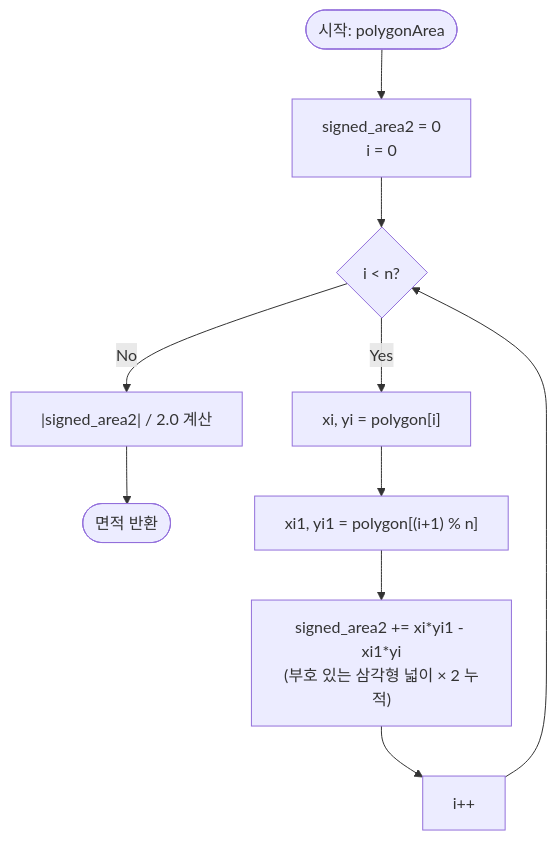
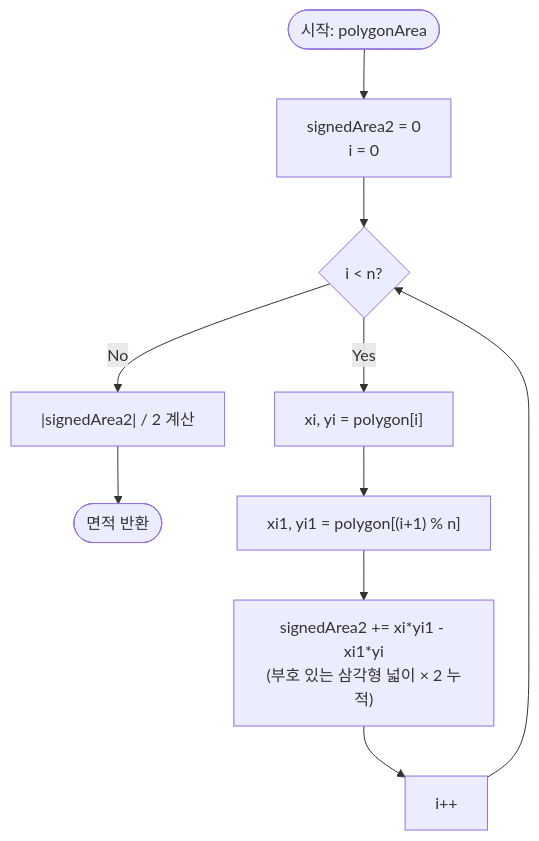
One commit to centurio1987/grow-up-programming changed the diagram in src/algorithms/geometry/polygonArea/polygonArea-guide.mdx. Above: the diagram before and after it, drawn with Mermaid. The commit also changed other lines of this file and 14 other files, not shown here.

````diff
--- a/src/algorithms/geometry/polygonArea/polygonArea-guide.mdx
+++ b/src/algorithms/geometry/polygonArea/polygonArea-guide.mdx
@@ -221,12 +229,12 @@
 ```mermaid
 flowchart TD
-    A([시작: polygonArea]) --> B["signed_area2 = 0\ni = 0"]
-    B --> C{i < n?}
-    C -->|No| D["|signed_area2| / 2.0 계산"]
+    A([시작: polygonArea]) --> B["signedArea2 = 0<br/>i = 0"]
+    B --> C{"i < n?"}
+    C -->|No| D["|signedArea2| / 2 계산"]
     D --> E([면적 반환])
     C -->|Yes| F["xi, yi = polygon[i]"]
     F --> G["xi1, yi1 = polygon[(i+1) % n]"]
-    G --> H["signed_area2 += xi*yi1 - xi1*yi\n(부호 있는 삼각형 넓이 × 2 누적)"]
-    H --> I[i++]
+    G --> H["signedArea2 += xi*yi1 - xi1*yi<br/>(부호 있는 삼각형 넓이 × 2 누적)"]
+    H --> I["i++"]
     I --> C
 ```
````
